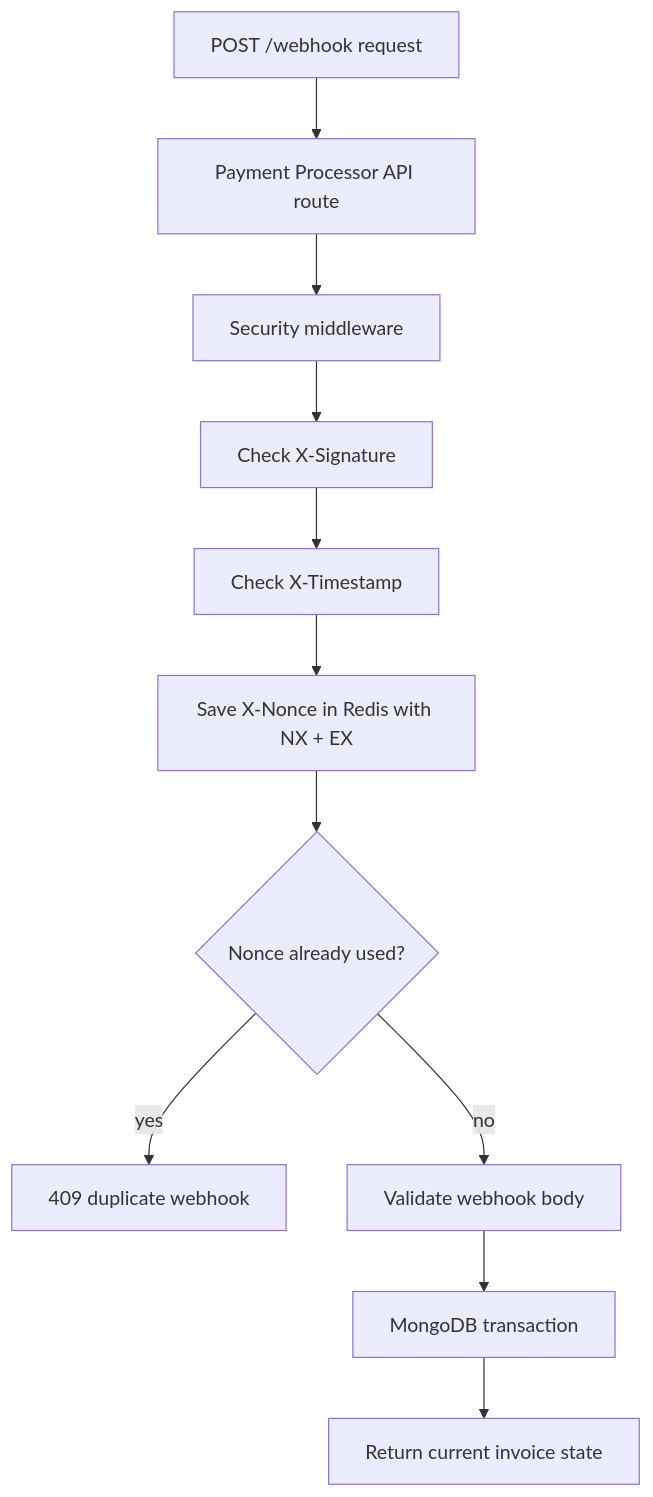
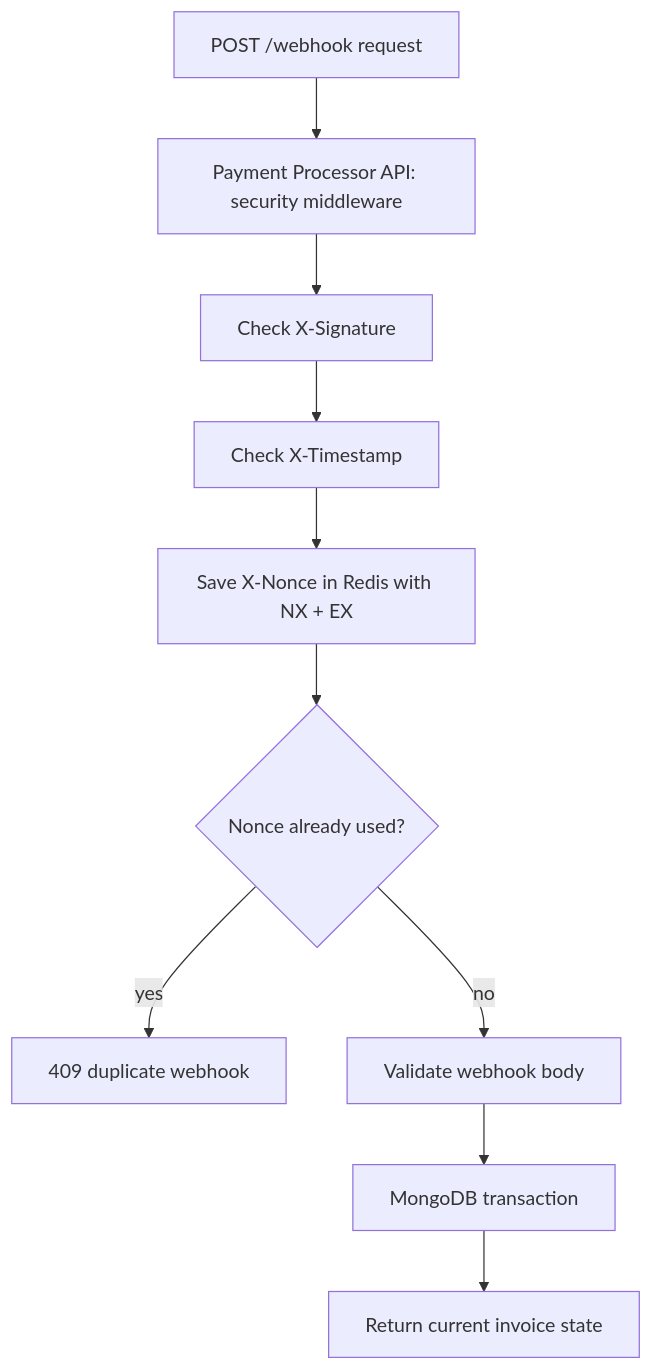
Before and after one commit to nbenliogludev/payment-processor: the second of 2 diagrams in README.md, drawn with Mermaid. The commit also changed other lines of this file, not shown here.

Commit message:
Simplify README flow diagrams

````diff
--- a/README.md
+++ b/README.md
@@ -201,13 +199,12 @@
 ```mermaid
 flowchart TD
-  request["POST /webhook request"] --> route["Payment Processor API route"]
-  route --> middleware["Security middleware"]
+  request["POST /webhook request"] --> middleware["Payment Processor API: security middleware"]
   middleware --> signature["Check X-Signature"]
   signature --> timestamp["Check X-Timestamp"]
   timestamp --> nonce["Save X-Nonce in Redis with NX + EX"]
   nonce --> duplicate{"Nonce already used?"}
   duplicate -->|"yes"| reject["409 duplicate webhook"]
   duplicate -->|"no"| validation["Validate webhook body"]
   validation --> transaction["MongoDB transaction"]
   transaction --> result["Return current invoice state"]
 ```
````
